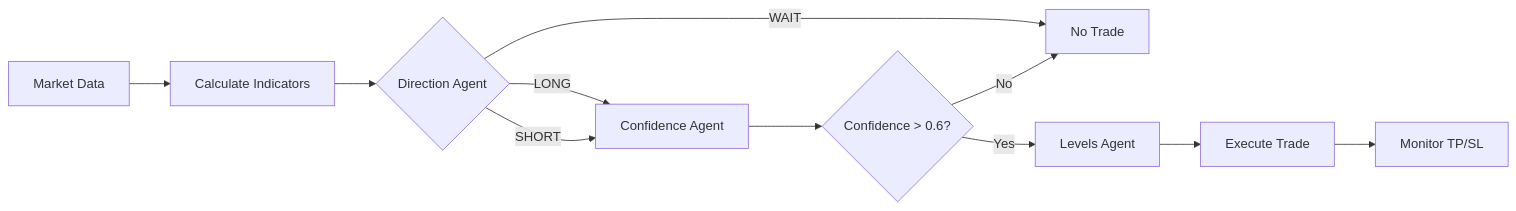
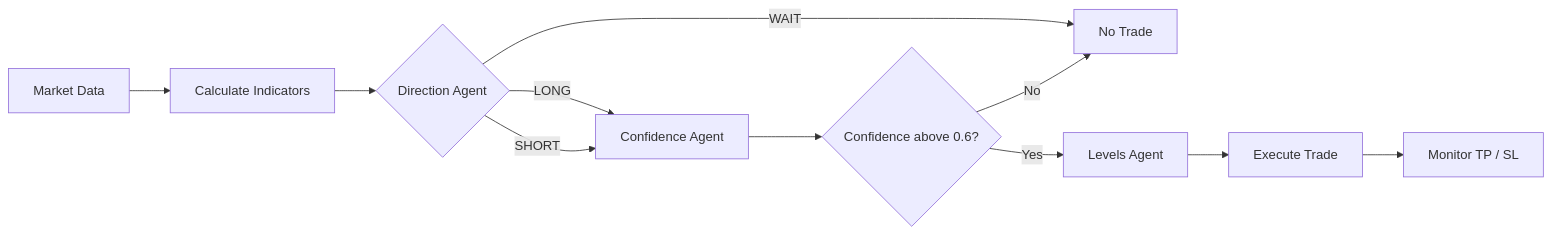
Before and after one commit to grodcas/tradebot: the second of 3 diagrams in docs/STRUCTURE.md, drawn with Mermaid. The commit also changed other lines of this file and 3 other files, not shown here.

First line of the commit message:
Fix Mermaid syntax errors for v11.12.2 compatibility

````diff
--- a/docs/STRUCTURE.md
+++ b/docs/STRUCTURE.md
@@ -57,13 +63,13 @@
 ```mermaid
 flowchart LR
     A[Market Data] --> B[Calculate Indicators]
     B --> C{Direction Agent}
     C -->|LONG| D[Confidence Agent]
     C -->|SHORT| D
     C -->|WAIT| Z[No Trade]
-    D --> E{Confidence > 0.6?}
+    D --> E{"Confidence above 0.6?"}
     E -->|Yes| F[Levels Agent]
     E -->|No| Z
     F --> G[Execute Trade]
-    G --> H[Monitor TP/SL]
+    G --> H["Monitor TP / SL"]
 ```
````
